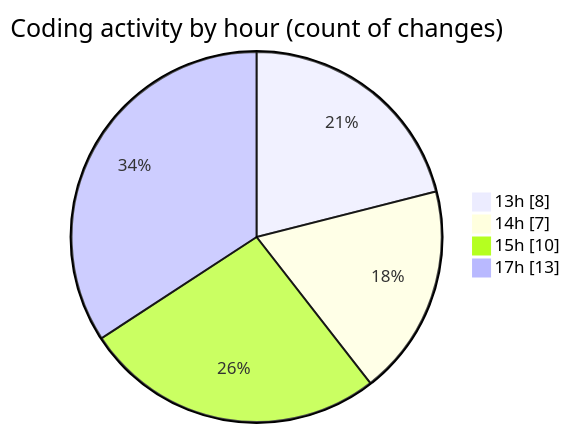
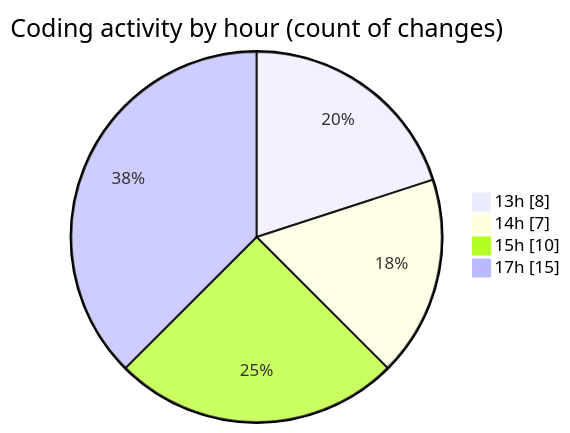
Before and after one commit to BS-eng2023/code-tracking: the second of 2 diagrams in 2025-04-03/jsvms/README.md, drawn with Mermaid. The commit also changed other lines of this file and 1 other file, not shown here.

````diff
--- a/2025-04-03/jsvms/README.md
+++ b/2025-04-03/jsvms/README.md
@@ -39,8 +39,8 @@
 ```mermaid
 pie showData
 title Coding activity by hour (count of changes)
 "13h" : 8
 "14h" : 7
 "15h" : 10
-"17h" : 13
+"17h" : 15
 ```
````
